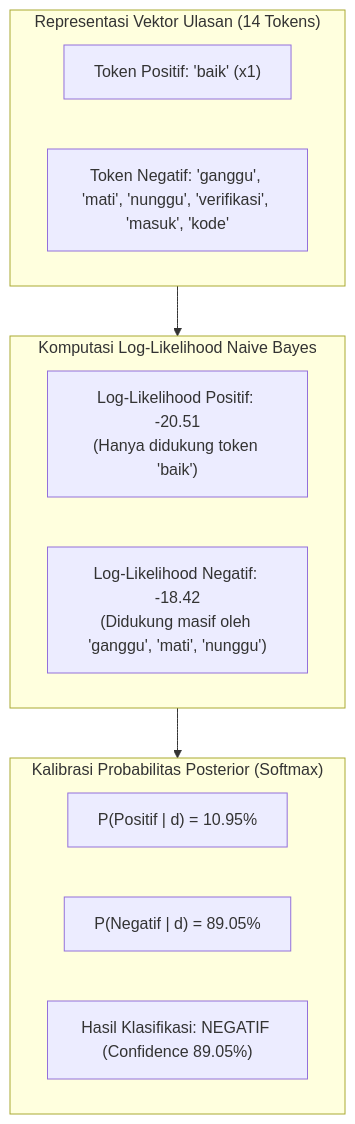
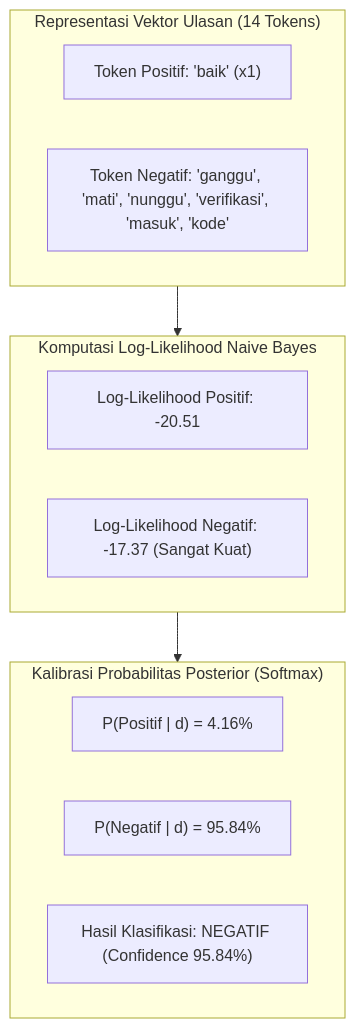
The third of 3 diagrams in docs/10_studi_kasus_sarkasme_dan_anomali.md (presidendjakarta/Binus-s2-Business-Intelligence-and-Analytics-TK), drawn with Mermaid before and after one commit. The commit also changed other lines of this file and 15 other files, not shown here.

````diff
--- a/docs/10_studi_kasus_sarkasme_dan_anomali.md
+++ b/docs/10_studi_kasus_sarkasme_dan_anomali.md
@@ -156,20 +123,20 @@
 ```mermaid
 flowchart TD
     subgraph VektorDokumen ["Representasi Vektor Ulasan (14 Tokens)"]
         T1["Token Positif: 'baik' (x1)"]
         T2["Token Negatif: 'ganggu', 'mati', 'nunggu', 'verifikasi', 'masuk', 'kode'"]
     end
 
     subgraph KomputasiBayes ["Komputasi Log-Likelihood Naive Bayes"]
-        L1["Log-Likelihood Positif: -20.51<br/>(Hanya didukung token 'baik')"]
-        L2["Log-Likelihood Negatif: -18.42<br/>(Didukung masif oleh 'ganggu', 'mati', 'nunggu')"]
+        L1["Log-Likelihood Positif: -20.51"]
+        L2["Log-Likelihood Negatif: -17.37 (Sangat Kuat)"]
     end
 
     subgraph KeputusanSoftmax ["Kalibrasi Probabilitas Posterior (Softmax)"]
-        P1["P(Positif | d) = 10.95%"]
-        P2["P(Negatif | d) = 89.05%"]
-        RES["Hasil Klasifikasi: NEGATIF (Confidence 89.05%)"]
+        P1["P(Positif | d) = 4.16%"]
+        P2["P(Negatif | d) = 95.84%"]
+        RES["Hasil Klasifikasi: NEGATIF (Confidence 95.84%)"]
     end
 
     VektorDokumen --> KomputasiBayes --> KeputusanSoftmax
 ```
````
